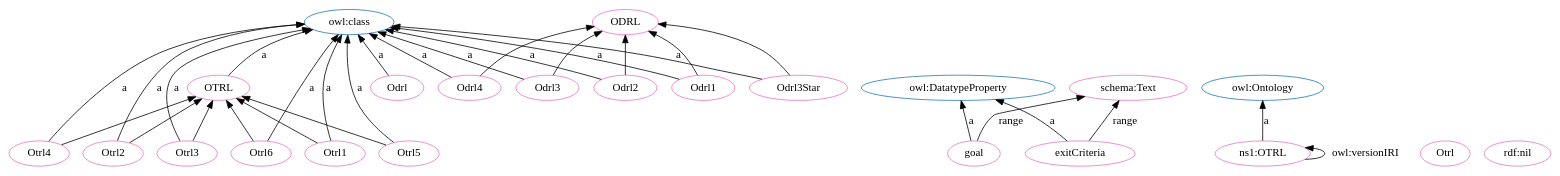
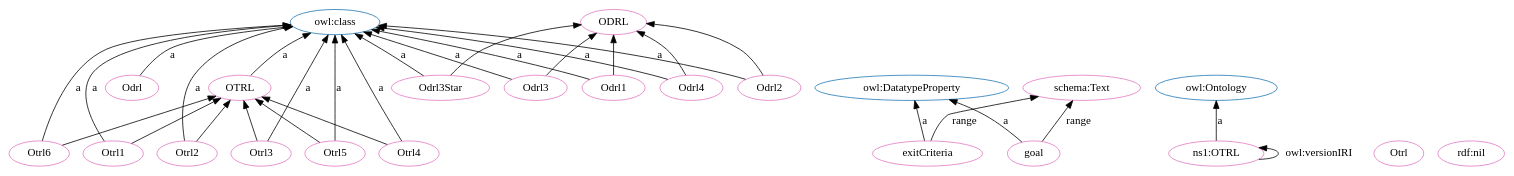
The diagram in OTRL.dot (OPEN-NEXT/OKH-LOSH), drawn with Graphviz before and after one commit. The commit also changed other lines of this file and 15 other files, not shown here.

```diff
--- a/OTRL.dot
+++ b/OTRL.dot
@@ -1,59 +1,59 @@
 digraph G {
   rankdir=BT
   node[height=.3]
-"http://www.w3.org/2002/07/owl#class" [fillcolor="#1f77b4" color="#1f77b4" label="owl:class"]
+"http://purl.org/oseg/ontologies/OTRL#OTRL" [fillcolor="#1f77b4" color="#1f77b4" label="OTRL"]
 "http://purl.org/oseg/ontologies/OTRL#ODRL" [fillcolor="#1f77b4" color="#1f77b4" label="ODRL"]
 "http://www.w3.org/2002/07/owl#DatatypeProperty" [fillcolor="#1f77b4" color="#1f77b4" label="owl:DatatypeProperty"]
+"http://www.w3.org/2002/07/owl#class" [fillcolor="#1f77b4" color="#1f77b4" label="owl:class"]
 "http://www.w3.org/2002/07/owl#Ontology" [fillcolor="#1f77b4" color="#1f77b4" label="owl:Ontology"]
-"http://purl.org/oseg/ontologies/OTRL#OTRL" [fillcolor="#1f77b4" color="#1f77b4" label="OTRL"]
-"http://purl.org/oseg/ontologies/OTRL#Otrl3" [fillcolor="#e377c2" color="#e377c2" label="Otrl3"]
-"http://purl.org/oseg/ontologies/OTRL#Otrl6" [fillcolor="#e377c2" color="#e377c2" label="Otrl6"]
+"http://purl.org/oseg/ontologies/OTRL" [fillcolor="#e377c2" color="#e377c2" label="ns1:OTRL"]
 "http://purl.org/oseg/ontologies/OTRL#ODRL" [fillcolor="#e377c2" color="#e377c2" label="ODRL"]
-"http://purl.org/oseg/ontologies/OTRL#goal" [fillcolor="#e377c2" color="#e377c2" label="goal"]
-"http://purl.org/oseg/ontologies/OTRL#Odrl4" [fillcolor="#e377c2" color="#e377c2" label="Odrl4"]
-"http://purl.org/oseg/ontologies/OTRL#Otrl1" [fillcolor="#e377c2" color="#e377c2" label="Otrl1"]
-"http://purl.org/oseg/ontologies/OTRL#Odrl" [fillcolor="#e377c2" color="#e377c2" label="Odrl"]
 "http://purl.org/oseg/ontologies/OTRL#exitCriteria" [fillcolor="#e377c2" color="#e377c2" label="exitCriteria"]
 "http://purl.org/oseg/ontologies/OTRL#OTRL" [fillcolor="#e377c2" color="#e377c2" label="OTRL"]
+"http://schema.org/Text" [fillcolor="#e377c2" color="#e377c2" label="schema:Text"]
+"http://purl.org/oseg/ontologies/OTRL#Odrl3" [fillcolor="#e377c2" color="#e377c2" label="Odrl3"]
+"http://purl.org/oseg/ontologies/OTRL#Otrl" [fillcolor="#e377c2" color="#e377c2" label="Otrl"]
+"http://purl.org/oseg/ontologies/OTRL#Otrl3" [fillcolor="#e377c2" color="#e377c2" label="Otrl3"]
+"http://purl.org/oseg/ontologies/OTRL#Otrl2" [fillcolor="#e377c2" color="#e377c2" label="Otrl2"]
+"http://purl.org/oseg/ontologies/OTRL#Odrl3Star" [fillcolor="#e377c2" color="#e377c2" label="Odrl3Star"]
+"http://purl.org/oseg/ontologies/OTRL#Otrl4" [fillcolor="#e377c2" color="#e377c2" label="Otrl4"]
+"http://purl.org/oseg/ontologies/OTRL#Otrl6" [fillcolor="#e377c2" color="#e377c2" label="Otrl6"]
+"http://purl.org/oseg/ontologies/OTRL#Odrl" [fillcolor="#e377c2" color="#e377c2" label="Odrl"]
+"http://purl.org/oseg/ontologies/OTRL#Otrl1" [fillcolor="#e377c2" color="#e377c2" label="Otrl1"]
+"http://www.w3.org/1999/02/22-rdf-syntax-ns#nil" [fillcolor="#e377c2" color="#e377c2" label="rdf:nil"]
+"http://purl.org/oseg/ontologies/OTRL#Odrl4" [fillcolor="#e377c2" color="#e377c2" label="Odrl4"]
+"http://purl.org/oseg/ontologies/OTRL#Odrl1" [fillcolor="#e377c2" color="#e377c2" label="Odrl1"]
 "http://purl.org/oseg/ontologies/OTRL#Otrl5" [fillcolor="#e377c2" color="#e377c2" label="Otrl5"]
-"http://purl.org/oseg/ontologies/OTRL#Odrl3" [fillcolor="#e377c2" color="#e377c2" label="Odrl3"]
-"http://schema.org/Text" [fillcolor="#e377c2" color="#e377c2" label="schema:Text"]
-"http://purl.org/oseg/ontologies/OTRL#Odrl1" [fillcolor="#e377c2" color="#e377c2" label="Odrl1"]
-"http://purl.org/oseg/ontologies/OTRL" [fillcolor="#e377c2" color="#e377c2" label="ns1:OTRL"]
 "http://purl.org/oseg/ontologies/OTRL#Odrl2" [fillcolor="#e377c2" color="#e377c2" label="Odrl2"]
-"http://purl.org/oseg/ontologies/OTRL#Otrl4" [fillcolor="#e377c2" color="#e377c2" label="Otrl4"]
-"http://purl.org/oseg/ontologies/OTRL#Odrl3Star" [fillcolor="#e377c2" color="#e377c2" label="Odrl3Star"]
-"http://purl.org/oseg/ontologies/OTRL#Otrl" [fillcolor="#e377c2" color="#e377c2" label="Otrl"]
-"http://www.w3.org/1999/02/22-rdf-syntax-ns#nil" [fillcolor="#e377c2" color="#e377c2" label="rdf:nil"]
-"http://purl.org/oseg/ontologies/OTRL#Otrl2" [fillcolor="#e377c2" color="#e377c2" label="Otrl2"]
+"http://purl.org/oseg/ontologies/OTRL#goal" [fillcolor="#e377c2" color="#e377c2" label="goal"]
+  "http://purl.org/oseg/ontologies/OTRL#Odrl3Star" -> "http://purl.org/oseg/ontologies/OTRL#ODRL" [label=""]
+  "http://purl.org/oseg/ontologies/OTRL" -> "http://purl.org/oseg/ontologies/OTRL" [label="owl:versionIRI"]
+  "http://purl.org/oseg/ontologies/OTRL#exitCriteria" -> "http://www.w3.org/2002/07/owl#DatatypeProperty" [label="a"]
+  "http://purl.org/oseg/ontologies/OTRL#Otrl2" -> "http://purl.org/oseg/ontologies/OTRL#OTRL" [label=""]
+  "http://purl.org/oseg/ontologies/OTRL#Otrl3" -> "http://purl.org/oseg/ontologies/OTRL#OTRL" [label=""]
+  "http://purl.org/oseg/ontologies/OTRL#Otrl4" -> "http://purl.org/oseg/ontologies/OTRL#OTRL" [label=""]
+  "http://purl.org/oseg/ontologies/OTRL#Otrl1" -> "http://purl.org/oseg/ontologies/OTRL#OTRL" [label=""]
+  "http://purl.org/oseg/ontologies/OTRL#Odrl3" -> "http://www.w3.org/2002/07/owl#class" [label="a"]
+  "http://purl.org/oseg/ontologies/OTRL#Otrl3" -> "http://www.w3.org/2002/07/owl#class" [label="a"]
+  "http://purl.org/oseg/ontologies/OTRL#Otrl5" -> "http://purl.org/oseg/ontologies/OTRL#OTRL" [label=""]
+  "http://purl.org/oseg/ontologies/OTRL#Odrl3Star" -> "http://www.w3.org/2002/07/owl#class" [label="a"]
   "http://purl.org/oseg/ontologies/OTRL#Otrl6" -> "http://www.w3.org/2002/07/owl#class" [label="a"]
+  "http://purl.org/oseg/ontologies/OTRL#goal" -> "http://schema.org/Text" [label="range"]
+  "http://purl.org/oseg/ontologies/OTRL#Odrl1" -> "http://www.w3.org/2002/07/owl#class" [label="a"]
+  "http://purl.org/oseg/ontologies/OTRL#Odrl2" -> "http://www.w3.org/2002/07/owl#class" [label="a"]
+  "http://purl.org/oseg/ontologies/OTRL#Odrl1" -> "http://purl.org/oseg/ontologies/OTRL#ODRL" [label=""]
   "http://purl.org/oseg/ontologies/OTRL#Odrl2" -> "http://purl.org/oseg/ontologies/OTRL#ODRL" [label=""]
   "http://purl.org/oseg/ontologies/OTRL#goal" -> "http://www.w3.org/2002/07/owl#DatatypeProperty" [label="a"]
+  "http://purl.org/oseg/ontologies/OTRL#Odrl3" -> "http://purl.org/oseg/ontologies/OTRL#ODRL" [label=""]
+  "http://purl.org/oseg/ontologies/OTRL" -> "http://www.w3.org/2002/07/owl#Ontology" [label="a"]
+  "http://purl.org/oseg/ontologies/OTRL#Otrl6" -> "http://purl.org/oseg/ontologies/OTRL#OTRL" [label=""]
+  "http://purl.org/oseg/ontologies/OTRL#exitCriteria" -> "http://schema.org/Text" [label="range"]
+  "http://purl.org/oseg/ontologies/OTRL#Otrl2" -> "http://www.w3.org/2002/07/owl#class" [label="a"]
+  "http://purl.org/oseg/ontologies/OTRL#Otrl4" -> "http://www.w3.org/2002/07/owl#class" [label="a"]
+  "http://purl.org/oseg/ontologies/OTRL#Otrl1" -> "http://www.w3.org/2002/07/owl#class" [label="a"]
   "http://purl.org/oseg/ontologies/OTRL#Odrl" -> "http://www.w3.org/2002/07/owl#class" [label="a"]
-  "http://purl.org/oseg/ontologies/OTRL#exitCriteria" -> "http://www.w3.org/2002/07/owl#DatatypeProperty" [label="a"]
-  "http://purl.org/oseg/ontologies/OTRL#Otrl5" -> "http://purl.org/oseg/ontologies/OTRL#OTRL" [label=""]
-  "http://purl.org/oseg/ontologies/OTRL#OTRL" -> "http://www.w3.org/2002/07/owl#class" [label="a"]
-  "http://purl.org/oseg/ontologies/OTRL#goal" -> "http://schema.org/Text" [label="range"]
-  "http://purl.org/oseg/ontologies/OTRL#Odrl1" -> "http://www.w3.org/2002/07/owl#class" [label="a"]
-  "http://purl.org/oseg/ontologies/OTRL#Odrl1" -> "http://purl.org/oseg/ontologies/OTRL#ODRL" [label=""]
-  "http://purl.org/oseg/ontologies/OTRL#Otrl4" -> "http://purl.org/oseg/ontologies/OTRL#OTRL" [label=""]
-  "http://purl.org/oseg/ontologies/OTRL#Otrl2" -> "http://purl.org/oseg/ontologies/OTRL#OTRL" [label=""]
-  "http://purl.org/oseg/ontologies/OTRL#Odrl3Star" -> "http://www.w3.org/2002/07/owl#class" [label="a"]
-  "http://purl.org/oseg/ontologies/OTRL#Otrl4" -> "http://www.w3.org/2002/07/owl#class" [label="a"]
-  "http://purl.org/oseg/ontologies/OTRL#Otrl3" -> "http://purl.org/oseg/ontologies/OTRL#OTRL" [label=""]
-  "http://purl.org/oseg/ontologies/OTRL" -> "http://purl.org/oseg/ontologies/OTRL" [label="owl:versionIRI"]
-  "http://purl.org/oseg/ontologies/OTRL#Odrl3" -> "http://purl.org/oseg/ontologies/OTRL#ODRL" [label=""]
-  "http://purl.org/oseg/ontologies/OTRL#Otrl2" -> "http://www.w3.org/2002/07/owl#class" [label="a"]
-  "http://purl.org/oseg/ontologies/OTRL#Otrl3" -> "http://www.w3.org/2002/07/owl#class" [label="a"]
-  "http://purl.org/oseg/ontologies/OTRL#Odrl3Star" -> "http://purl.org/oseg/ontologies/OTRL#ODRL" [label=""]
   "http://purl.org/oseg/ontologies/OTRL#Odrl4" -> "http://www.w3.org/2002/07/owl#class" [label="a"]
-  "http://purl.org/oseg/ontologies/OTRL#Otrl1" -> "http://www.w3.org/2002/07/owl#class" [label="a"]
   "http://purl.org/oseg/ontologies/OTRL#Odrl4" -> "http://purl.org/oseg/ontologies/OTRL#ODRL" [label=""]
   "http://purl.org/oseg/ontologies/OTRL#Otrl5" -> "http://www.w3.org/2002/07/owl#class" [label="a"]
-  "http://purl.org/oseg/ontologies/OTRL#Odrl3" -> "http://www.w3.org/2002/07/owl#class" [label="a"]
-  "http://purl.org/oseg/ontologies/OTRL" -> "http://www.w3.org/2002/07/owl#Ontology" [label="a"]
-  "http://purl.org/oseg/ontologies/OTRL#Odrl2" -> "http://www.w3.org/2002/07/owl#class" [label="a"]
-  "http://purl.org/oseg/ontologies/OTRL#Otrl6" -> "http://purl.org/oseg/ontologies/OTRL#OTRL" [label=""]
-  "http://purl.org/oseg/ontologies/OTRL#Otrl1" -> "http://purl.org/oseg/ontologies/OTRL#OTRL" [label=""]
-  "http://purl.org/oseg/ontologies/OTRL#exitCriteria" -> "http://schema.org/Text" [label="range"]
+  "http://purl.org/oseg/ontologies/OTRL#OTRL" -> "http://www.w3.org/2002/07/owl#class" [label="a"]
 }
```
